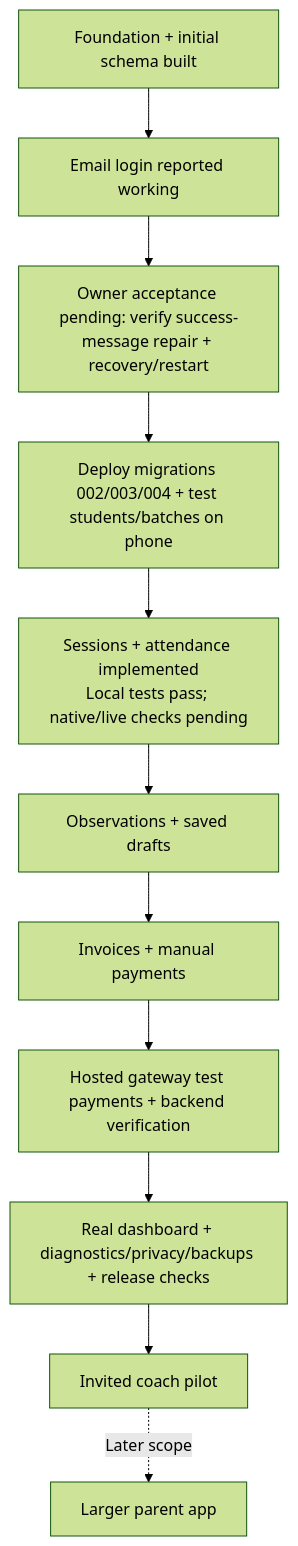
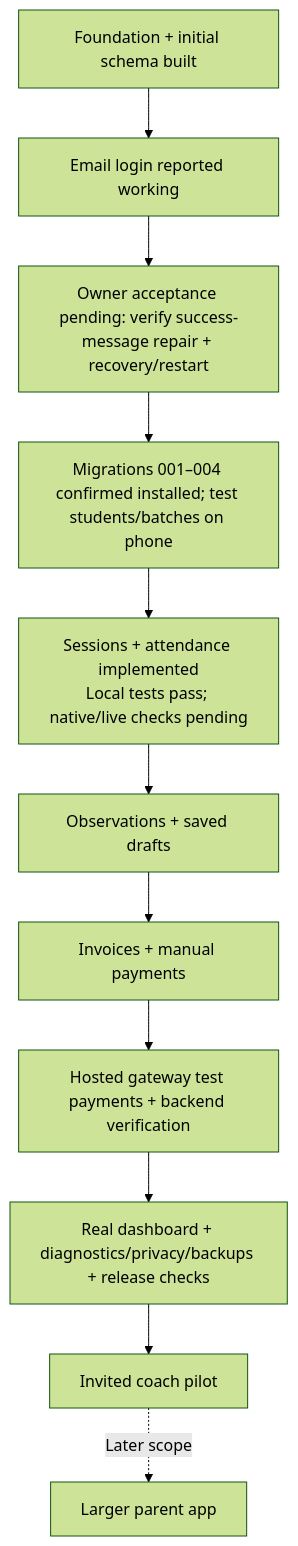
Before and after one commit to appsworld2027/Parent-plus-: the diagram in PROGRESS.md, drawn with Mermaid (forest theme). The commit also changed other lines of this file and 7 other files, not shown here.

````diff
--- a/PROGRESS.md
+++ b/PROGRESS.md
@@ -31,13 +31,13 @@
 ```mermaid
 flowchart TD
   A["Foundation + initial schema built"] --> B["Email login reported working"]
   B --> C["Owner acceptance pending: verify success-message repair + recovery/restart"]
-  C --> D["Deploy migrations 002/003/004 + test students/batches on phone"]
+  C --> D["Migrations 001–004 confirmed installed; test students/batches on phone"]
   D --> E["Sessions + attendance implemented<br/>Local tests pass; native/live checks pending"]
   E --> F["Observations + saved drafts"]
   F --> G["Invoices + manual payments"]
   G --> H["Hosted gateway test payments + backend verification"]
   H --> I["Real dashboard + diagnostics/privacy/backups + release checks"]
   I --> J["Invited coach pilot"]
   J -. "Later scope" .-> K["Larger parent app"]
 ```
````
